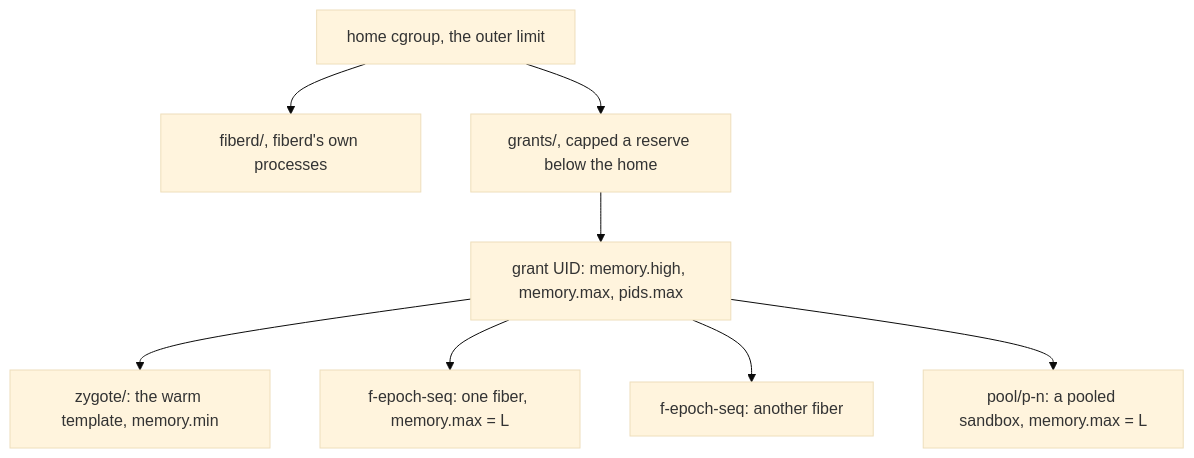
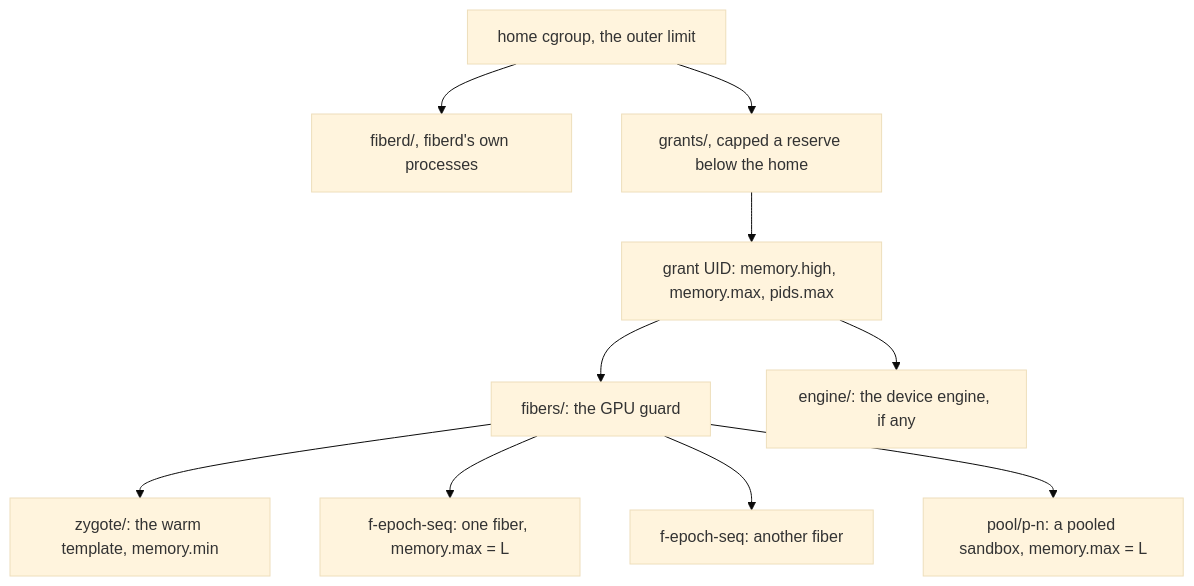
One commit to helayoty/fiberd changed the diagram in docs/design/resources.md. Above: the diagram before and after it, drawn with Mermaid (base theme). The commit also changed 15 other files, not shown here.

````diff
--- a/docs/design/resources.md
+++ b/docs/design/resources.md
@@ -11,10 +11,12 @@
 ```mermaid
 flowchart TB
   H["home cgroup, the outer limit"] --> A["fiberd/, fiberd's own processes"]
   H --> R["grants/, capped a reserve below the home"]
   R --> G["grant UID: memory.high, memory.max, pids.max"]
-  G --> Z["zygote/: the warm template, memory.min"]
-  G --> F1["f-epoch-seq: one fiber, memory.max = L"]
-  G --> F2["f-epoch-seq: another fiber"]
-  G --> P["pool/p-n: a pooled sandbox, memory.max = L"]
+  G --> FS["fibers/: the GPU guard"]
+  G --> E["engine/: the device engine, if any"]
+  FS --> Z["zygote/: the warm template, memory.min"]
+  FS --> F1["f-epoch-seq: one fiber, memory.max = L"]
+  FS --> F2["f-epoch-seq: another fiber"]
+  FS --> P["pool/p-n: a pooled sandbox, memory.max = L"]
 ```
````
